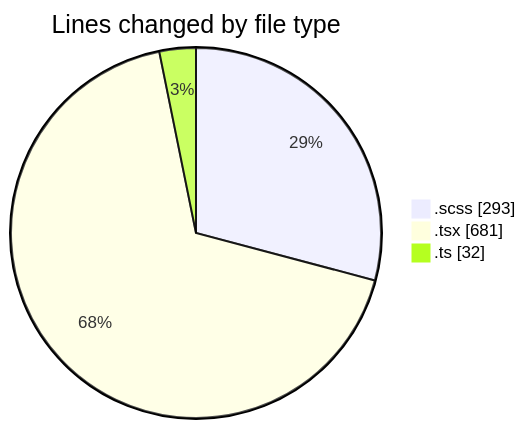
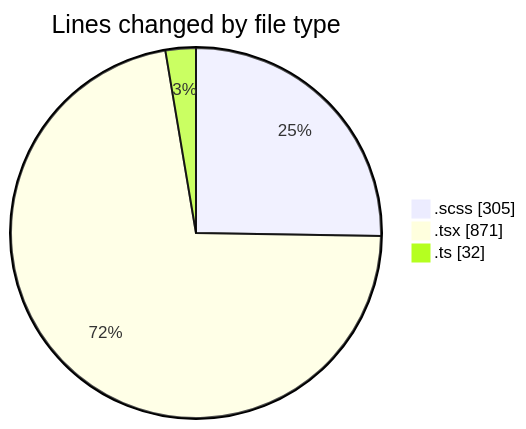
One commit to momahboobian/code-tracking changed the first of 2 diagrams in 2025-03-04/cda/README.md. Above: the diagram before and after it, drawn with Mermaid. The commit also changed other lines of this file and 1 other file, not shown here.

````diff
--- a/2025-03-04/cda/README.md
+++ b/2025-03-04/cda/README.md
@@ -25,7 +25,7 @@
 ```mermaid
 pie showData
 title Lines changed by file type
-".scss" : 293
-".tsx" : 681
+".scss" : 305
+".tsx" : 871
 ".ts" : 32
 ```
````
